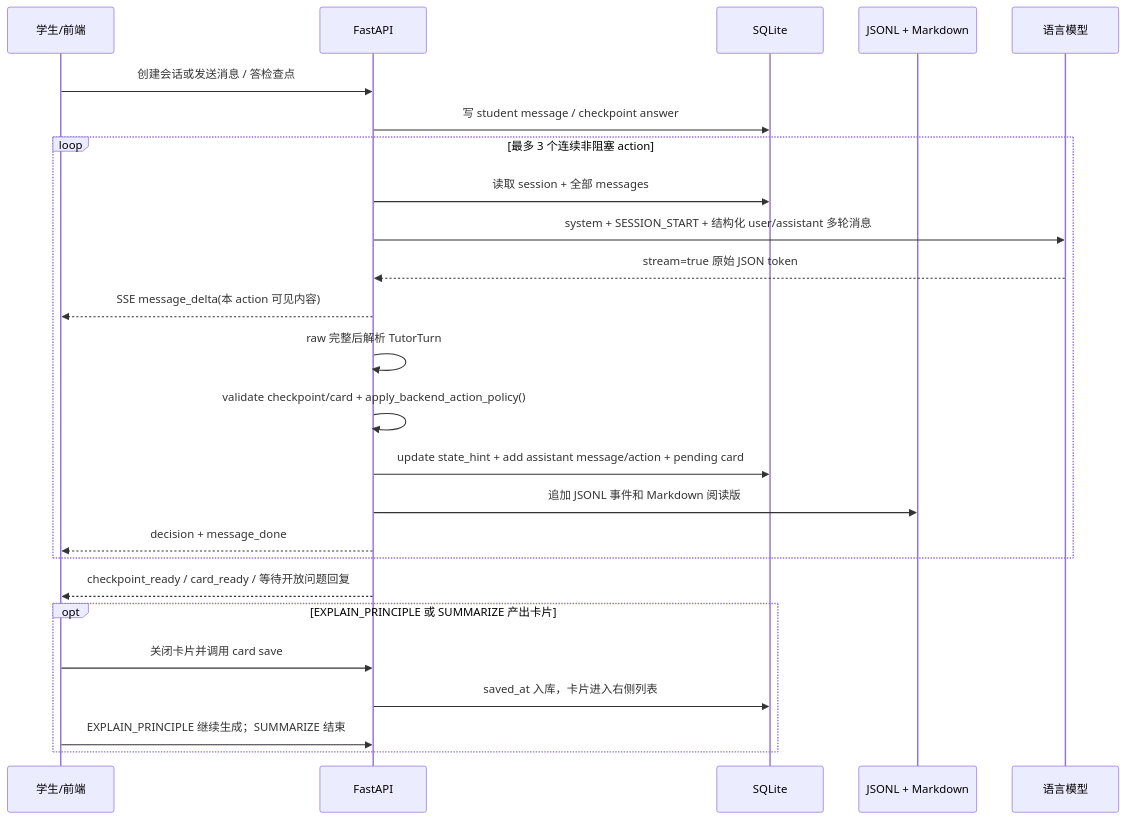
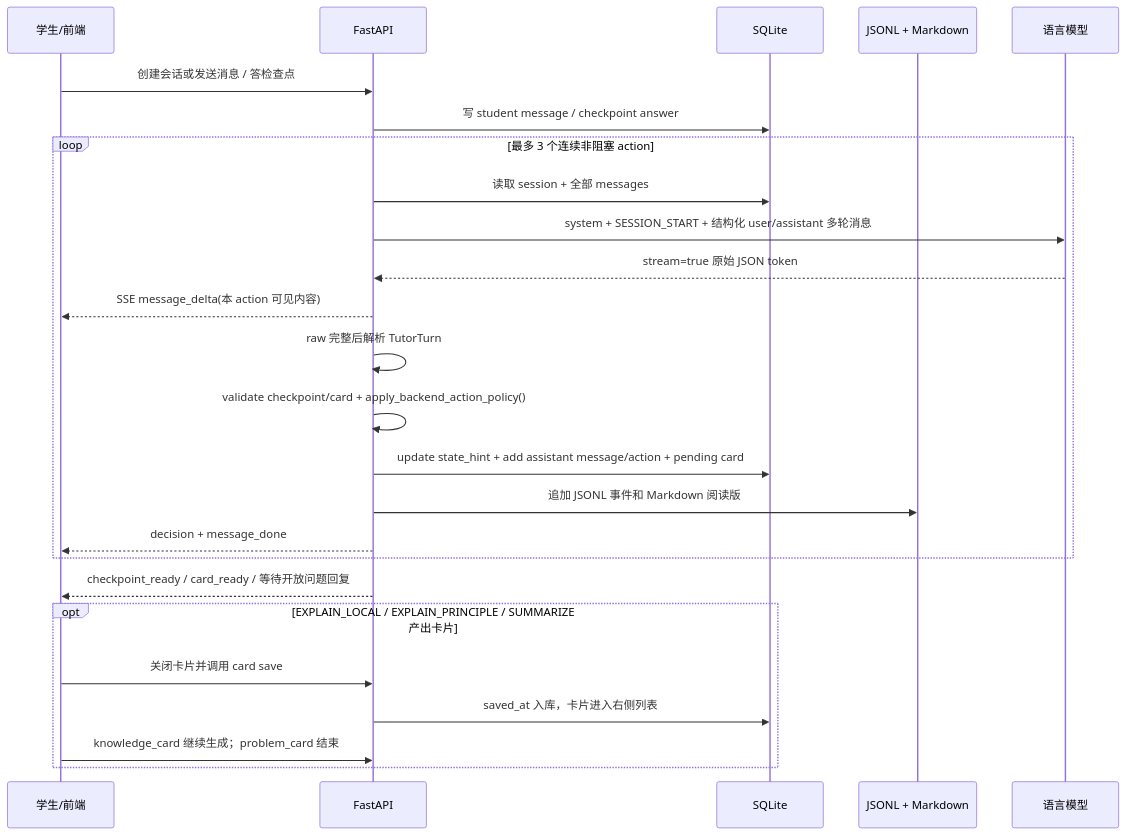
Before and after one commit to robbinpanda/Diagnostic-teaching: the diagram in docs/state-machine.md, drawn with Mermaid. The commit also changed other lines of this file and 18 other files, not shown here.

````diff
--- a/docs/state-machine.md
+++ b/docs/state-machine.md
@@ -20,28 +20,28 @@
 ```mermaid
 sequenceDiagram
   participant Student as 学生/前端
   participant API as FastAPI
   participant DB as SQLite
   participant Log as JSONL + Markdown
   participant LLM as 语言模型
 
   Student->>API: 创建会话或发送消息 / 答检查点
   API->>DB: 写 student message / checkpoint answer
   loop 最多 3 个连续非阻塞 action
     API->>DB: 读取 session + 全部 messages
     API->>LLM: system + SESSION_START + 结构化 user/assistant 多轮消息
     LLM-->>API: stream=true 原始 JSON token
     API-->>Student: SSE message_delta(本 action 可见内容)
     API->>API: raw 完整后解析 TutorTurn
     API->>API: validate checkpoint/card + apply_backend_action_policy()
     API->>DB: update state_hint + add assistant message/action + pending card
     API->>Log: 追加 JSONL 事件和 Markdown 阅读版
     API-->>Student: decision + message_done
   end
   API-->>Student: checkpoint_ready / card_ready / 等待开放问题回复
-  opt EXPLAIN_PRINCIPLE 或 SUMMARIZE 产出卡片
+  opt EXPLAIN_LOCAL / EXPLAIN_PRINCIPLE / SUMMARIZE 产出卡片
     Student->>API: 关闭卡片并调用 card save
     API->>DB: saved_at 入库，卡片进入右侧列表
-    Student->>API: EXPLAIN_PRINCIPLE 继续生成；SUMMARIZE 结束
+    Student->>API: knowledge_card 继续生成；problem_card 结束
   end
 ```
````
